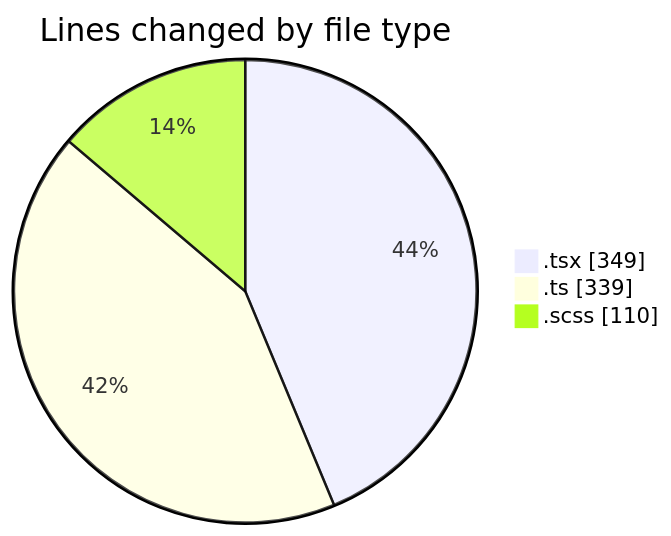
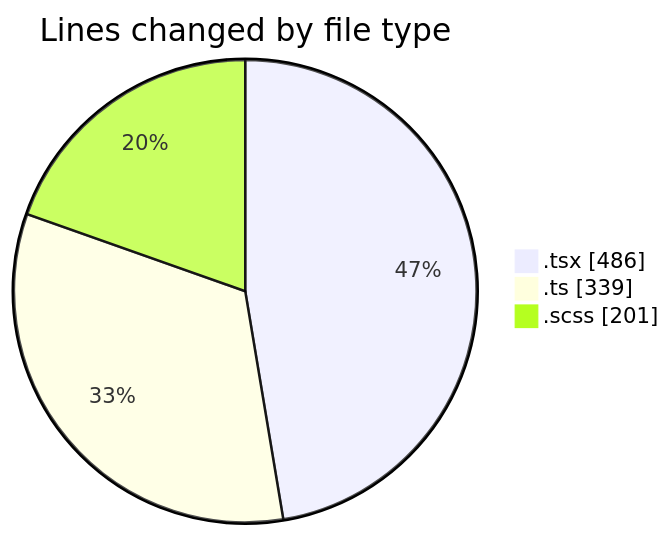
One commit to momahboobian/code-tracking changed the first of 2 diagrams in 2025-07-08/cda/README.md. Above: the diagram before and after it, drawn with Mermaid. The commit also changed other lines of this file and 1 other file, not shown here.

````diff
--- a/2025-07-08/cda/README.md
+++ b/2025-07-08/cda/README.md
@@ -26,7 +28,7 @@
 ```mermaid
 pie showData
 title Lines changed by file type
-".tsx" : 349
+".tsx" : 486
 ".ts" : 339
-".scss" : 110
+".scss" : 201
 ```
````
